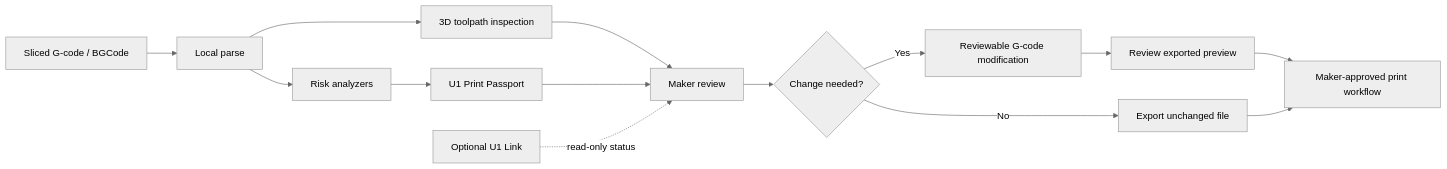
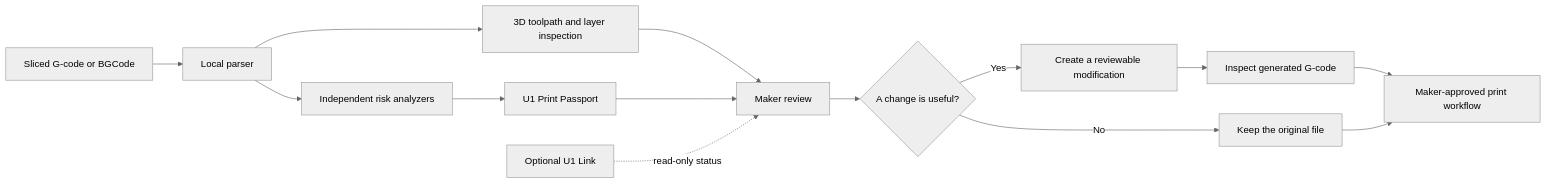
Before and after one commit to shobhit1kapoor/proofprint-u1: the first of 2 diagrams in README.md, drawn with Mermaid (neutral theme). The commit also changed other lines of this file and 1 other file, not shown here.

````diff
--- a/README.md
+++ b/README.md
@@ -26,16 +28,16 @@
 ```mermaid
 flowchart LR
-  A[Sliced G-code / BGCode] --> B[Local parse]
-  B --> C[3D toolpath inspection]
-  B --> D[Risk analyzers]
+  A[Sliced G-code or BGCode] --> B[Local parser]
+  B --> C[3D toolpath and layer inspection]
+  B --> D[Independent risk analyzers]
   D --> E[U1 Print Passport]
   C --> F[Maker review]
   E --> F
-  F --> G{Change needed?}
-  G -->|Yes| H[Reviewable G-code modification]
-  G -->|No| I[Export unchanged file]
-  H --> J[Review exported preview]
+  F --> G{A change is useful?}
+  G -->|Yes| H[Create a reviewable modification]
+  G -->|No| I[Keep the original file]
+  H --> J[Inspect generated G-code]
   J --> K[Maker-approved print workflow]
   I --> K
   L[Optional U1 Link] -. read-only status .-> F
 ```
````
